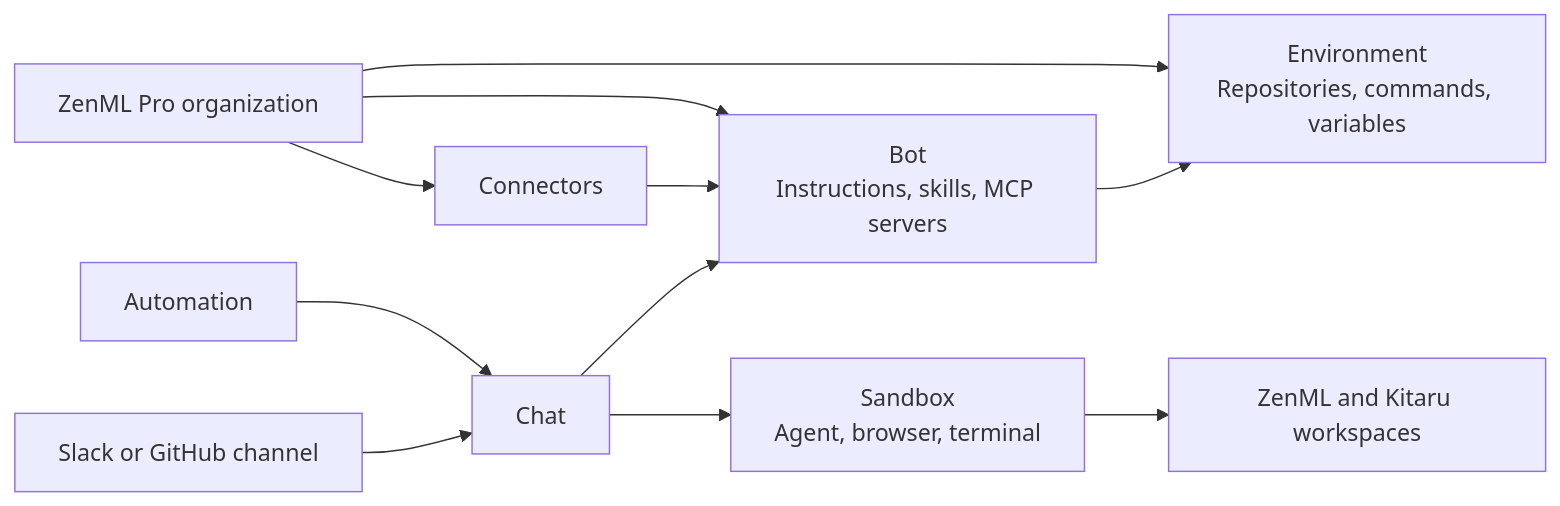
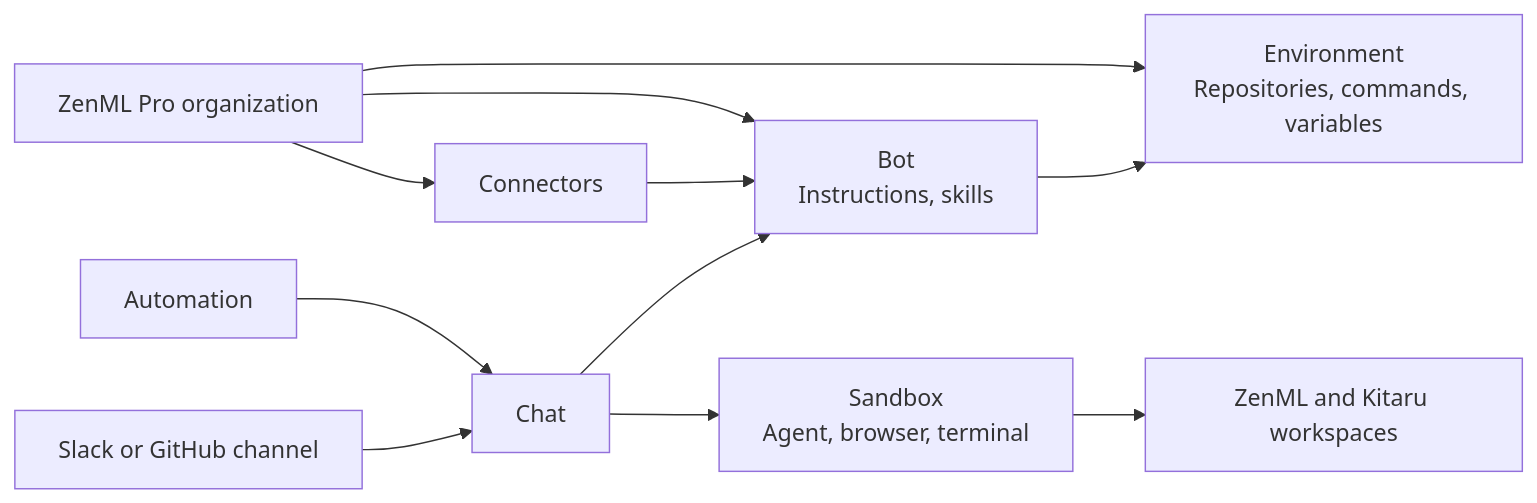
The diagram in docs/book/getting-started/zenml-pro/bots-core-concepts.md (zenml-io/zenml), drawn with Mermaid before and after one commit. The commit also changed other lines of this file and 3 other files, not shown here.

Commit message:
Update Bots docs for custom MCP servers, notifications, and the ZenML Pro apps

````diff
--- a/docs/book/getting-started/zenml-pro/bots-core-concepts.md
+++ b/docs/book/getting-started/zenml-pro/bots-core-concepts.md
@@ -13,23 +13,23 @@
 ```mermaid
 flowchart LR
     Org[ZenML Pro organization]
-    Bot[Bot<br/>Instructions, skills, MCP servers]
+    Bot[Bot<br/>Instructions, skills]
     Env[Environment<br/>Repositories, commands, variables]
     Conn[Connectors]
     Chat[Chat]
     Sandbox[Sandbox<br/>Agent, browser, terminal]
     Auto[Automation]
     Channel[Slack or GitHub channel]
     WS[ZenML and Kitaru workspaces]
 
     Org --> Bot
     Org --> Env
     Org --> Conn
     Bot --> Env
     Conn --> Bot
     Auto --> Chat
     Channel --> Chat
     Chat --> Bot
     Chat --> Sandbox
     Sandbox --> WS
 ```
````
